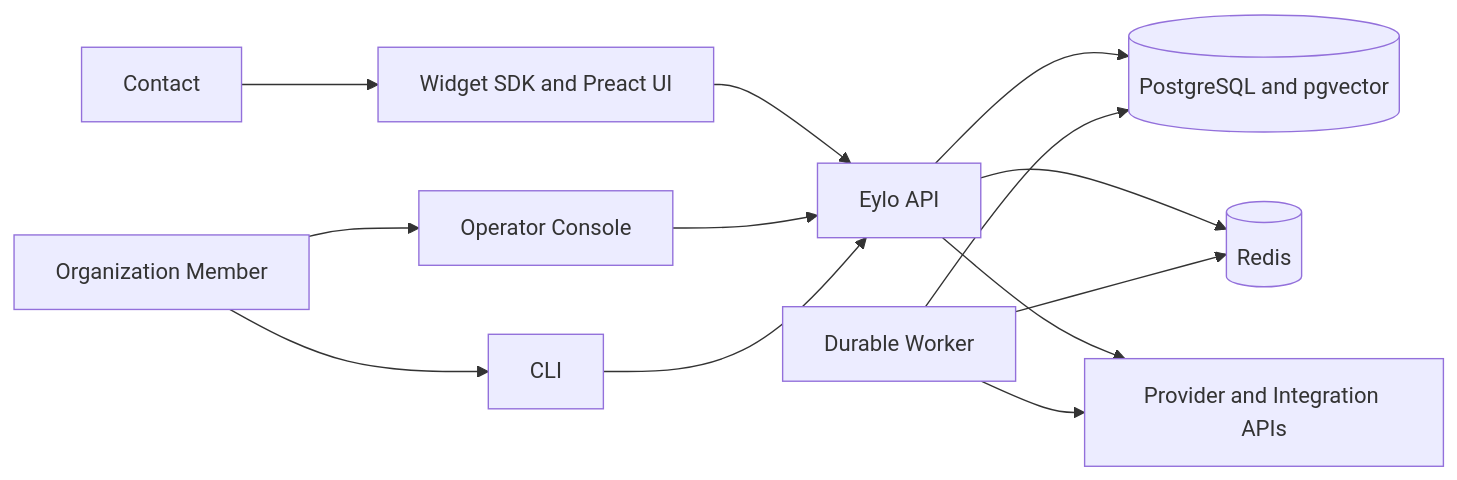
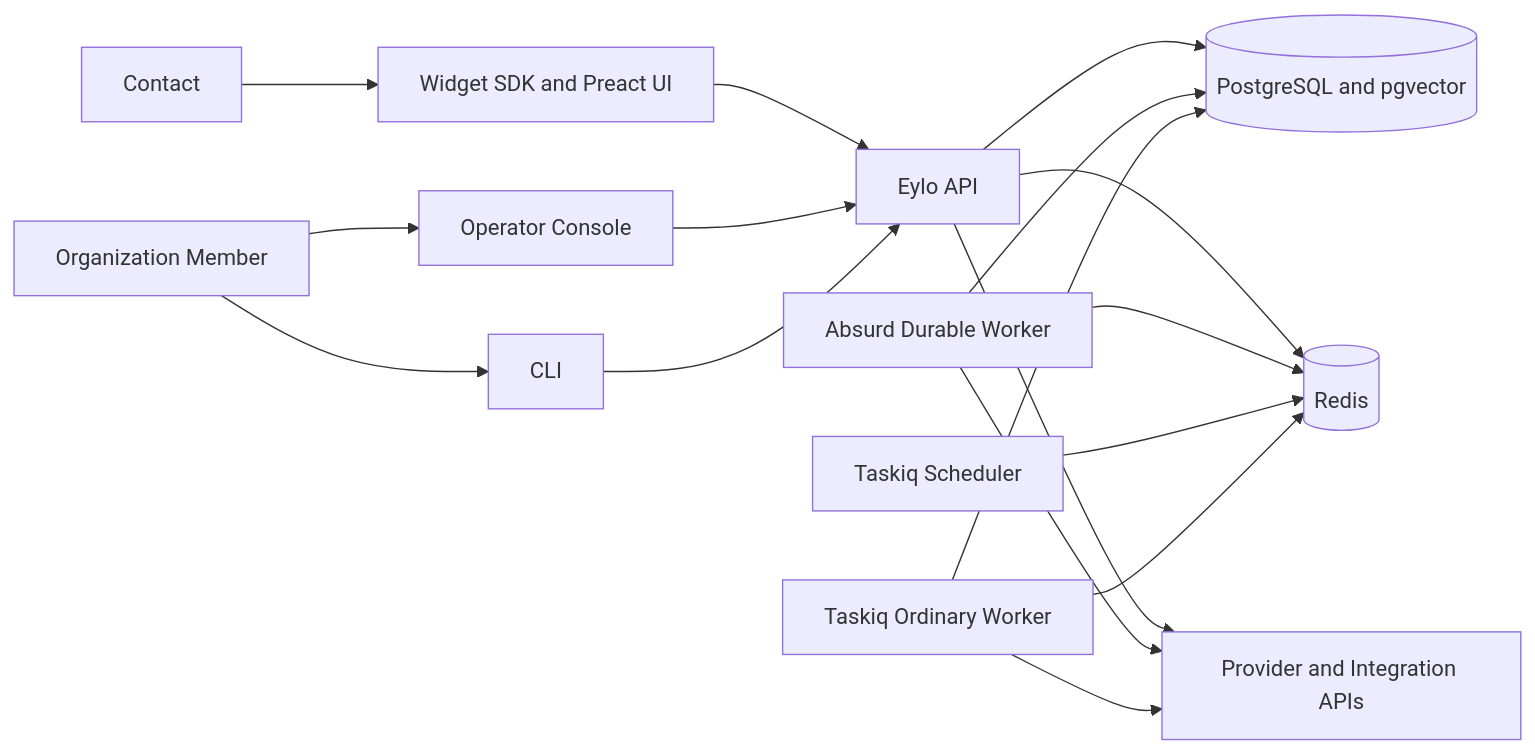
Before and after one commit to veris-pr/eylo-os: the first of 4 diagrams in docs/diagrams/architecture.md, drawn with Mermaid. The commit also changed other lines of this file and 35 other files, not shown here.

Commit message:
Document Taskiq ordinary task execution

````diff
--- a/docs/diagrams/architecture.md
+++ b/docs/diagrams/architecture.md
@@ -5,26 +5,32 @@
 ```mermaid
 flowchart LR
     contact[Contact]
     member[Organization Member]
     widget[Widget SDK and Preact UI]
     console[Operator Console]
     cli[CLI]
     api[Eylo API]
-    worker[Durable Worker]
+    durable_worker[Absurd Durable Worker]
+    task_scheduler[Taskiq Scheduler]
+    task_worker[Taskiq Ordinary Worker]
     postgres[(PostgreSQL and pgvector)]
     redis[(Redis)]
     vendors[Provider and Integration APIs]
 
     contact --> widget
     member --> console
     member --> cli
     widget --> api
     console --> api
     cli --> api
     api --> postgres
     api --> redis
-    worker --> postgres
-    worker --> redis
+    durable_worker --> postgres
+    durable_worker --> redis
+    task_scheduler --> redis
+    task_worker --> redis
+    task_worker --> postgres
     api --> vendors
-    worker --> vendors
+    durable_worker --> vendors
+    task_worker --> vendors
 ```
````
